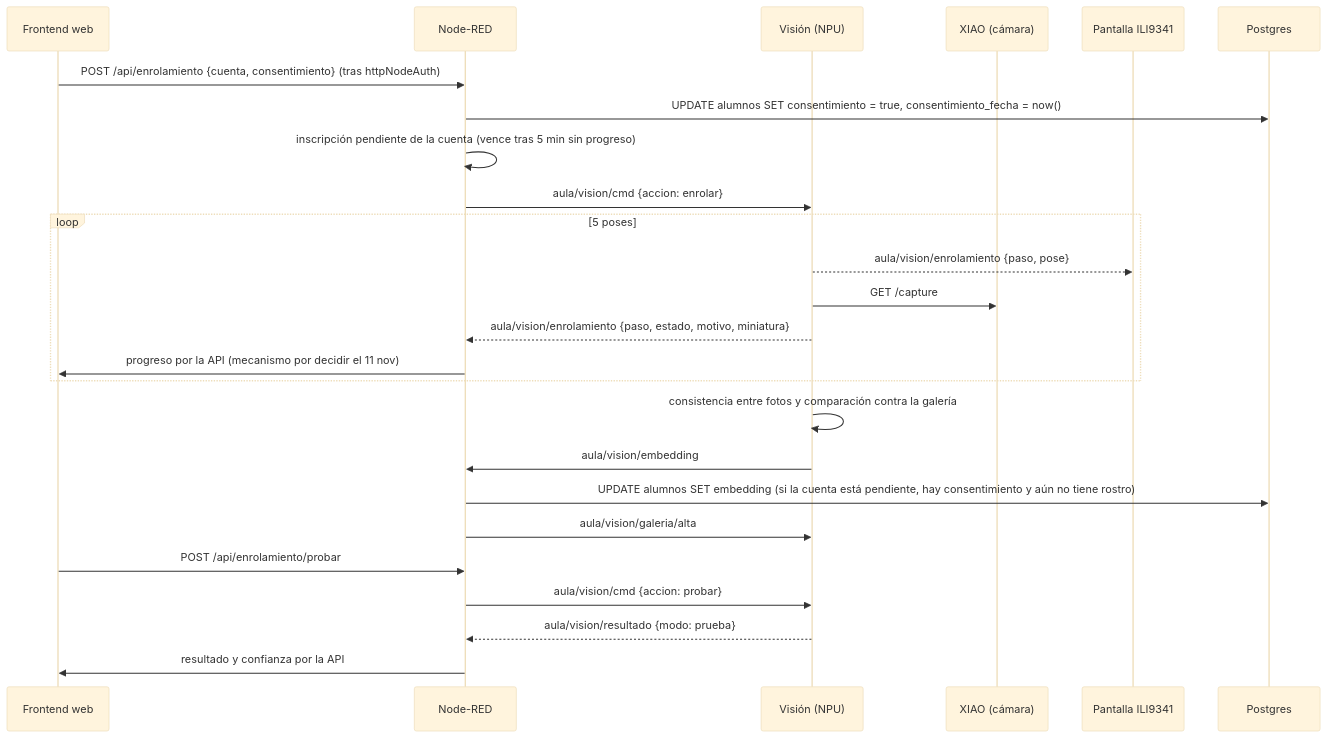
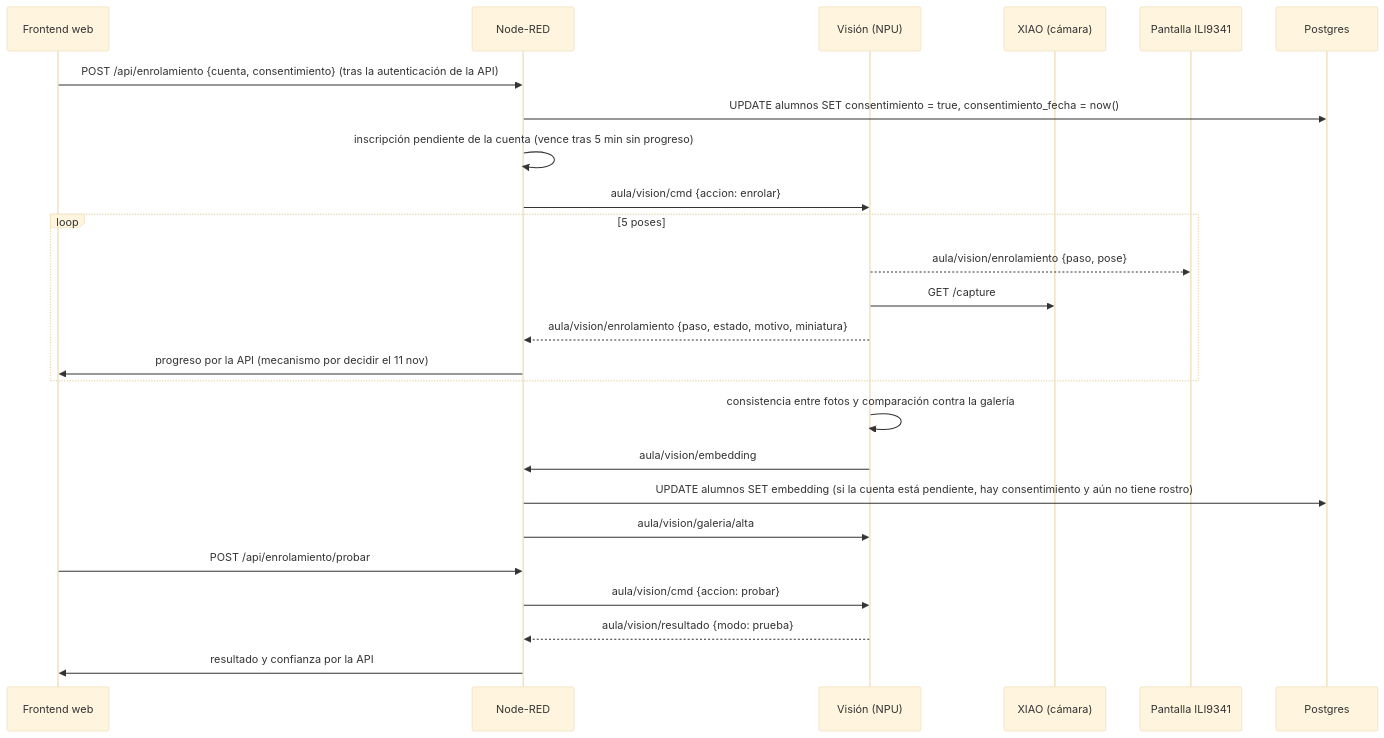
The second of 2 diagrams in docs/HIGH-LEVEL-PLAN.md (GustavoVaAsc/AutoList), drawn with Mermaid (base theme) before and after one commit. The commit also changed other lines of this file and 7 other files, not shown here.

Commit message:
docs(api): Autenticación, galería y API de alumnos en el plan, el contrato v0.6 y las guías

````diff
--- a/docs/HIGH-LEVEL-PLAN.md
+++ b/docs/HIGH-LEVEL-PLAN.md
@@ -132,28 +132,28 @@
 ```mermaid
 sequenceDiagram
   participant W as Frontend web
   participant N as Node-RED
   participant V as Visión (NPU)
   participant X as XIAO (cámara)
   participant L as Pantalla ILI9341
   participant D as Postgres
 
-  W->>N: POST /api/enrolamiento {cuenta, consentimiento} (tras httpNodeAuth)
+  W->>N: POST /api/enrolamiento {cuenta, consentimiento} (tras la autenticación de la API)
   N->>D: UPDATE alumnos SET consentimiento = true, consentimiento_fecha = now()
   N->>N: inscripción pendiente de la cuenta (vence tras 5 min sin progreso)
   N->>V: aula/vision/cmd {accion: enrolar}
   loop 5 poses
     V-->>L: aula/vision/enrolamiento {paso, pose}
     V->>X: GET /capture
     V-->>N: aula/vision/enrolamiento {paso, estado, motivo, miniatura}
     N->>W: progreso por la API (mecanismo por decidir el 11 nov)
   end
   V->>V: consistencia entre fotos y comparación contra la galería
   V->>N: aula/vision/embedding
   N->>D: UPDATE alumnos SET embedding (si la cuenta está pendiente, hay consentimiento y aún no tiene rostro)
   N->>V: aula/vision/galeria/alta
   W->>N: POST /api/enrolamiento/probar
   N->>V: aula/vision/cmd {accion: probar}
   V-->>N: aula/vision/resultado {modo: prueba}
   N->>W: resultado y confianza por la API
 ```
````
